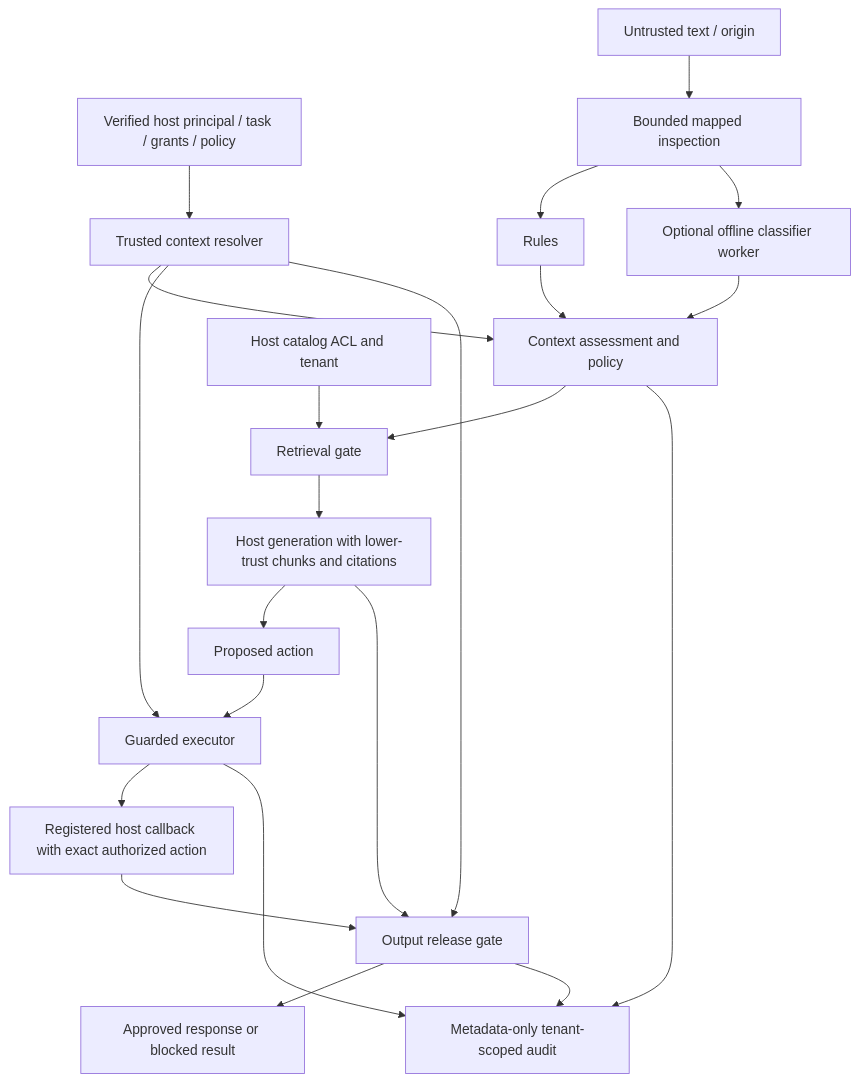
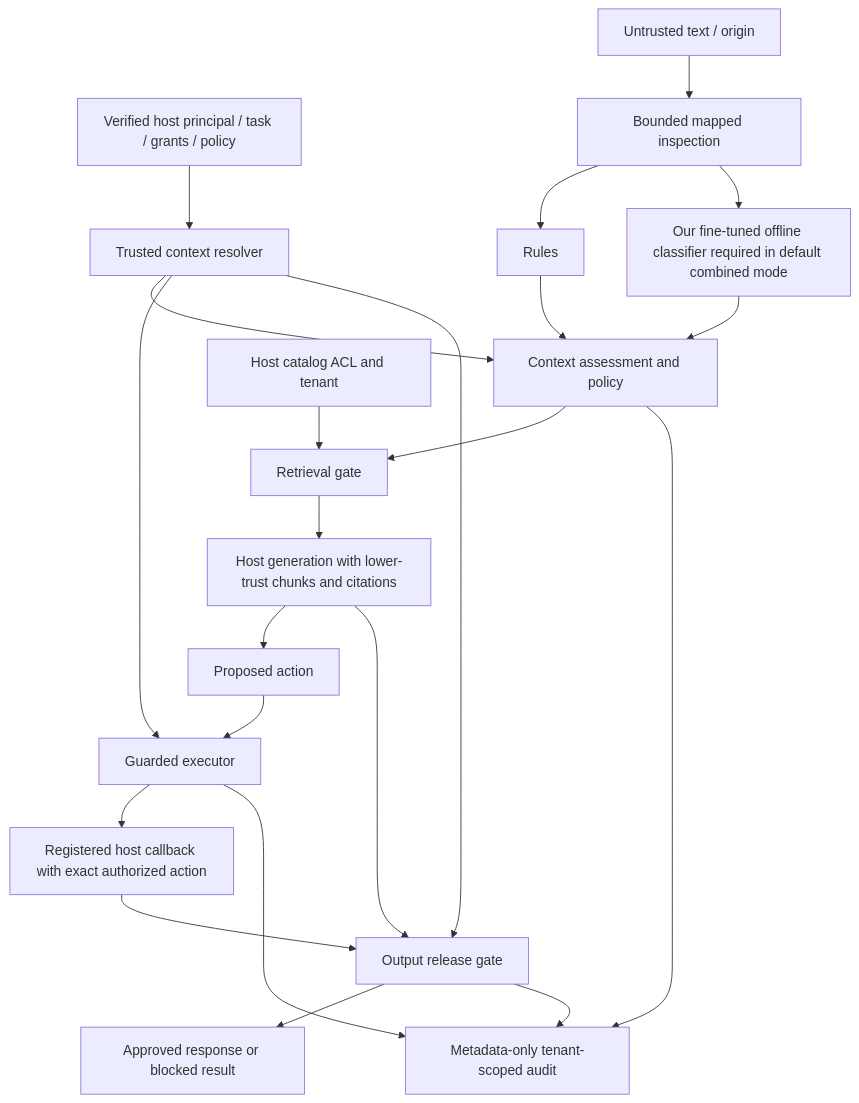
The diagram in docs/superpowers/specs/2026-10-13-v0.2-design.md (namelessweakl1ng/kjnlae), drawn with Mermaid before and after one commit. The commit also changed other lines of this file and 1 other file, not shown here.

Commit message:
docs: specify real CPU fine-tuning and combined detection defaults

````diff
--- a/docs/superpowers/specs/2026-10-13-v0.2-design.md
+++ b/docs/superpowers/specs/2026-10-13-v0.2-design.md
@@ -68,24 +80,24 @@
 ```mermaid
 flowchart TD
   H[Verified host principal / task / grants / policy] --> C[Trusted context resolver]
   U[Untrusted text / origin] --> I[Bounded mapped inspection]
   I --> R[Rules]
-  I --> M[Optional offline classifier worker]
+  I --> M[Our fine-tuned offline classifier required in default combined mode]
   C --> P[Context assessment and policy]
   R --> P
   M --> P
   A[Host catalog ACL and tenant] --> G[Retrieval gate]
   P --> G
   G --> L[Host generation with lower-trust chunks and citations]
   L --> T[Proposed action]
   C --> X[Guarded executor]
   T --> X
   X --> E[Registered host callback with exact authorized action]
   L --> O[Output release gate]
   E --> O
   C --> O
   O --> Q[Approved response or blocked result]
   P --> D[Metadata-only tenant-scoped audit]
   X --> D
   O --> D
 ```
````
